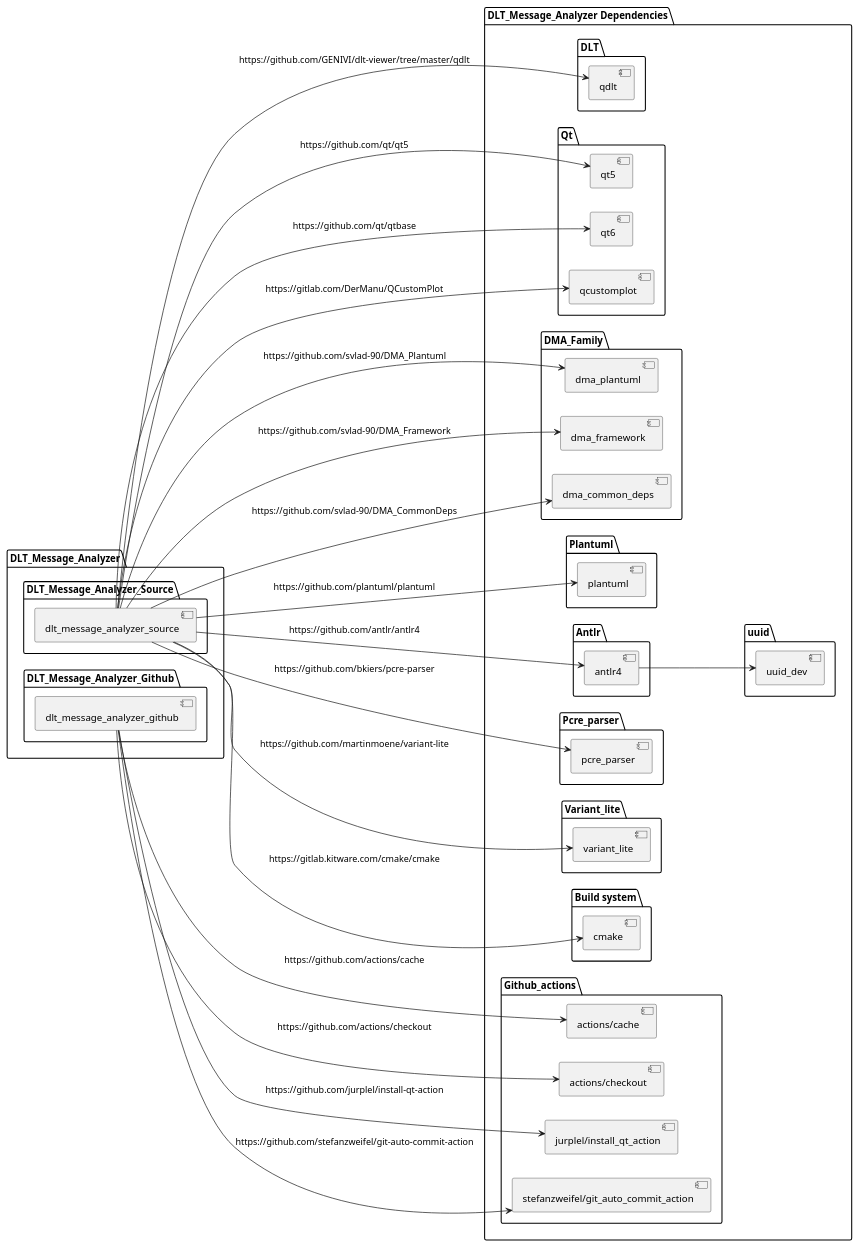
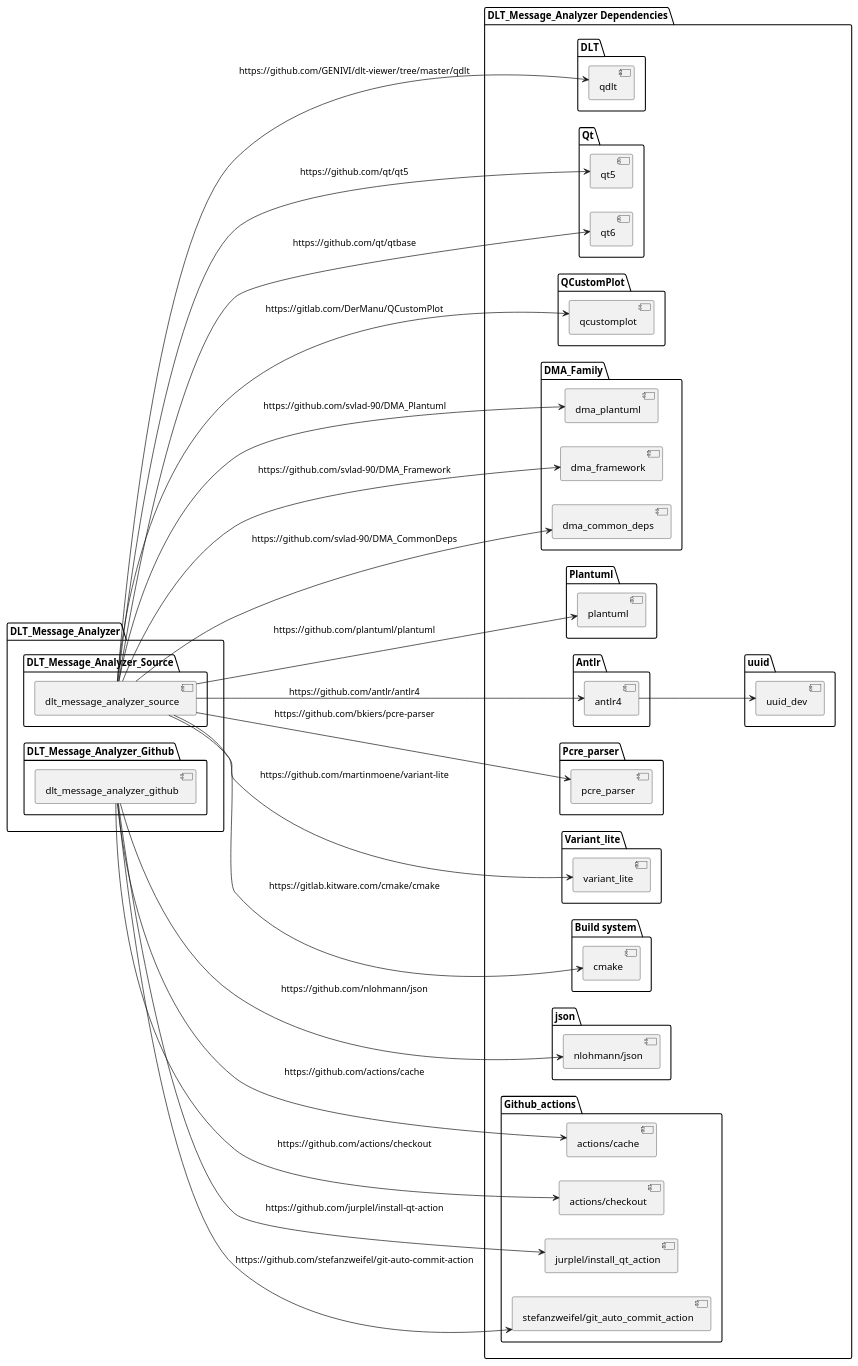
One commit to svlad-90/DLT-Message-Analyzer changed the diagram in md/thirdparty_deps/thirdparty_deps.puml. Above: the diagram before and after it, drawn with PlantUML. The commit also changed 93 other files, not shown here.

```diff
--- a/md/thirdparty_deps/thirdparty_deps.puml
+++ b/md/thirdparty_deps/thirdparty_deps.puml
@@ -1,85 +1,94 @@
 @startuml
 
 left to right direction
 
 package "DLT_Message_Analyzer" {
     package "DLT_Message_Analyzer_Source" {
         [dlt_message_analyzer_source]
     }
     
     package "DLT_Message_Analyzer_Github" {
         [dlt_message_analyzer_github]
     }
 }
 
 package "DLT_Message_Analyzer Dependencies" {
     package "DLT" {
         [qdlt]
     }
 
     package "Qt" {
         [qt5]
         [qt6]
+    }
+
+    package "QCustomPlot" {
         [qcustomplot]
     }
 
     package "DMA_Family" {
         [dma_plantuml]
         [dma_framework]
         [dma_common_deps]
     }
 
     package "Plantuml" {
         [plantuml]
     }
 
     package "Antlr" {
         [antlr4]
     }
     
     package "uuid" {
         [uuid_dev]
     }
 
     package "Pcre_parser" {
         [pcre_parser]
     }
 
     package "Variant_lite" {
         [variant_lite]
+    }
+
+    package "json"{
+        [nlohmann/json]
     }
 
     package "Github_actions"{
         [actions/cache]
         [actions/checkout]
         [jurplel/install_qt_action]
         [stefanzweifel/git_auto_commit_action]
     }
     
     package "Build system"{
         [cmake]
     }
 }
 
 [dlt_message_analyzer_source] --> [dma_common_deps] : https://github.com/svlad-90/DMA_CommonDeps
 [dlt_message_analyzer_source] --> [dma_framework] : https://github.com/svlad-90/DMA_Framework
 [dlt_message_analyzer_source] --> [dma_plantuml] : https://github.com/svlad-90/DMA_Plantuml
 
 [dlt_message_analyzer_source] --> [qt5] : https://github.com/qt/qt5
 [dlt_message_analyzer_source] --> [qt6] : https://github.com/qt/qtbase
 [dlt_message_analyzer_source] --> [qcustomplot] : https://gitlab.com/DerManu/QCustomPlot
 [dlt_message_analyzer_source] --> [qdlt] : https://github.com/GENIVI/dlt-viewer/tree/master/qdlt
 [dlt_message_analyzer_source] --> [plantuml] : https://github.com/plantuml/plantuml
 [dlt_message_analyzer_source] --> [antlr4] : https://github.com/antlr/antlr4
 [dlt_message_analyzer_source] --> [pcre_parser] : https://github.com/bkiers/pcre-parser
 [dlt_message_analyzer_source] --> [variant_lite] : https://github.com/martinmoene/variant-lite
 [dlt_message_analyzer_source] --> [cmake] : https://gitlab.kitware.com/cmake/cmake
 
 [antlr4] --> [uuid_dev]
 
 [dlt_message_analyzer_github] --> [actions/cache] : https://github.com/actions/cache
 [dlt_message_analyzer_github] --> [actions/checkout] : https://github.com/actions/checkout
 [dlt_message_analyzer_github] --> [jurplel/install_qt_action] : https://github.com/jurplel/install-qt-action
 [dlt_message_analyzer_github] --> [stefanzweifel/git_auto_commit_action] : https://github.com/stefanzweifel/git-auto-commit-action
 
+[dlt_message_analyzer_github] --> [nlohmann/json] : https://github.com/nlohmann/json
+
 @enduml
```
